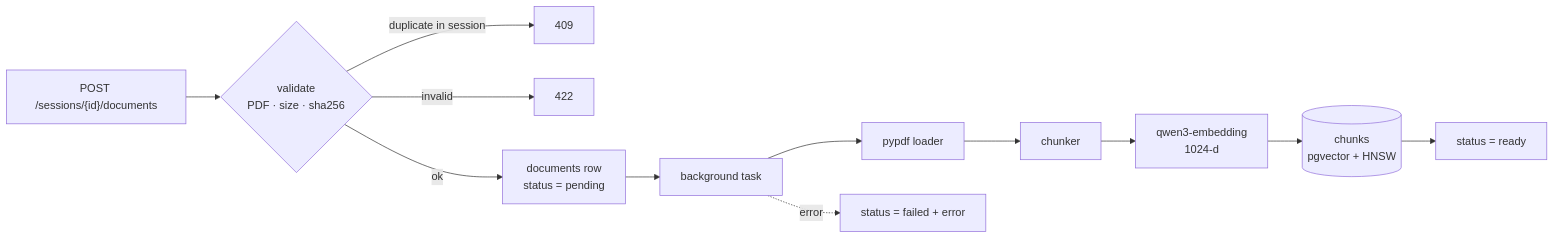
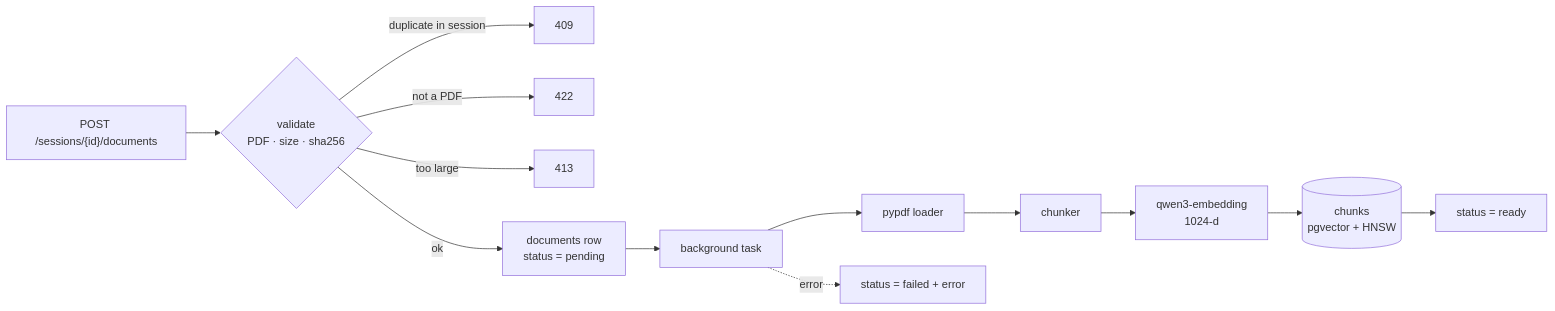
One commit to reddybharat/agentic-rag changed the fifth of 6 diagrams in docs/architecture.md. Above: the diagram before and after it, drawn with Mermaid. The commit also changed other lines of this file and 33 other files, not shown here.

````diff
--- a/docs/architecture.md
+++ b/docs/architecture.md
@@ -186,11 +186,12 @@
 ```mermaid
 flowchart LR
     up["POST /sessions/{id}/documents"] --> val{"validate<br/>PDF · size · sha256"}
     val -- "duplicate in session" --> dup["409"]
-    val -- invalid --> bad["422"]
+    val -- "not a PDF" --> bad["422"]
+    val -- "too large" --> big["413"]
     val -- ok --> pend["documents row<br/>status = pending"]
     pend --> bg["background task"]
     bg --> load["pypdf loader"] --> chunk["chunker"] --> emb["qwen3-embedding<br/>1024-d"] --> store[("chunks<br/>pgvector + HNSW")]
     store --> ready["status = ready"]
     bg -. error .-> failed["status = failed + error"]
 ```
````
